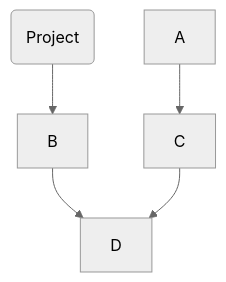
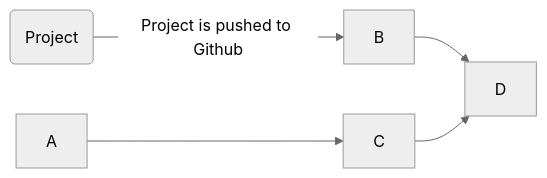
One commit to WSU-kduncan/cicd-3120-davidkajuna7 changed the diagram in README.md. Above: the diagram before and after it, drawn with Mermaid (neutral theme).

````diff
--- a/README.md
+++ b/README.md
@@ -52,7 +52,7 @@
 ```mermaid
-  flowchart TB;
-      id1(Project)-->B;
+  flowchart LR;
+      id1(Project)-- Project is pushed to Github -->B;
       A-->C;
       B-->D;
       C-->D;
 ```
````
